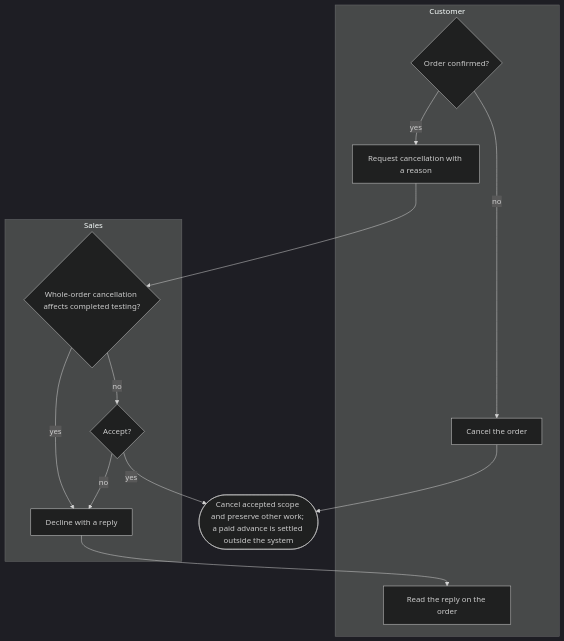
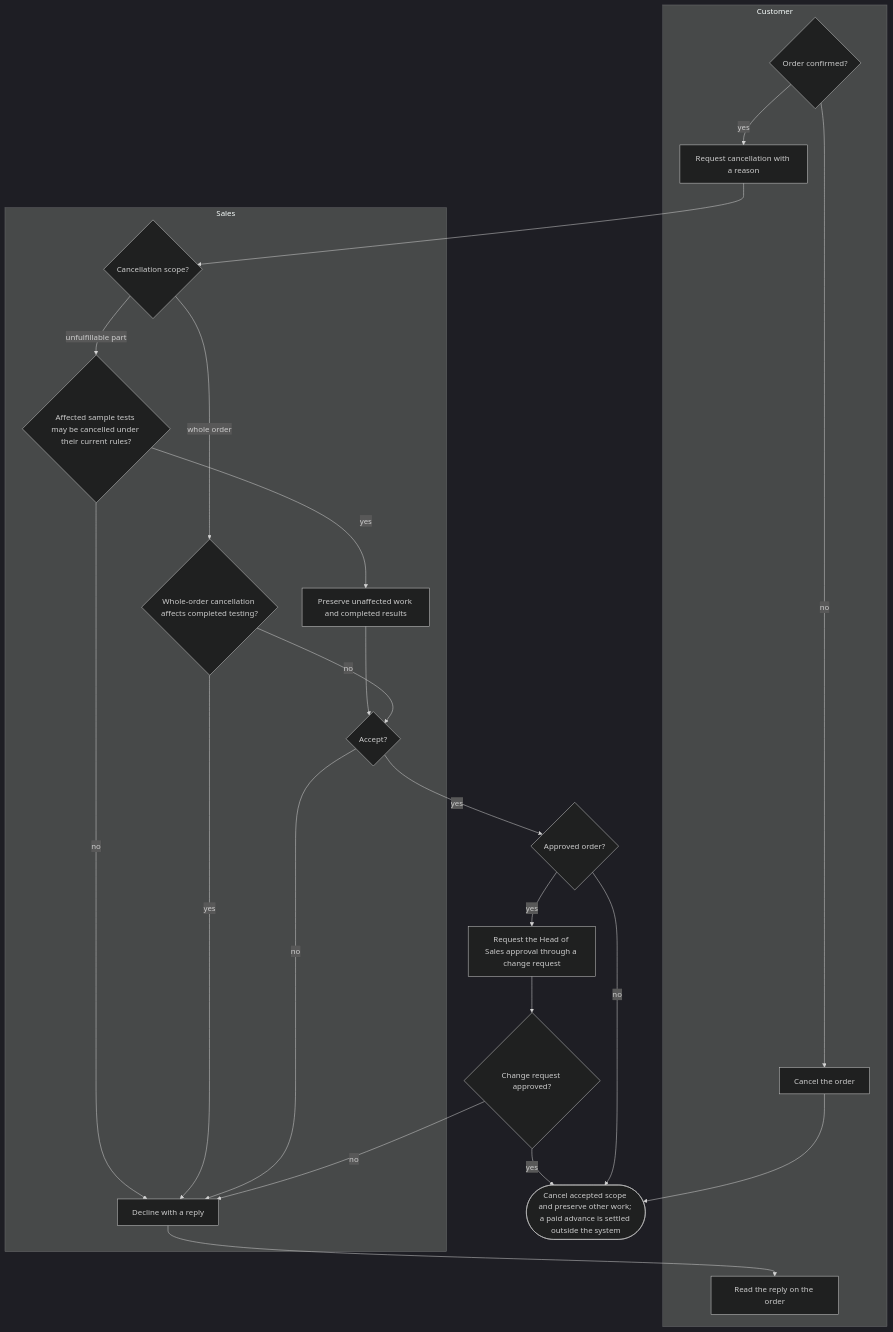
One commit to SoltuneMontepre/medilab changed the ninth of 16 diagrams in docs/functional/business-flows.md. Above: the diagram before and after it, drawn with Mermaid (dark theme). The commit also changed other lines of this file and 9 other files, not shown here.

````diff
--- a/docs/functional/business-flows.md
+++ b/docs/functional/business-flows.md
@@ -432,19 +434,28 @@
 ```mermaid
 flowchart TD
     subgraph lane22 ["Customer"]
         c1{Order confirmed?}
         c1 -->|no| c2[Cancel the order]
         c1 -->|yes| c3[Request cancellation with a reason]
         c4[Read the reply on the order]
     end
     subgraph lane23 ["Sales"]
-        s1{Whole-order cancellation affects completed testing?}
+        scope{Cancellation scope?}
+        scope -->|whole order| s1{Whole-order cancellation affects completed testing?}
+        scope -->|unfulfillable part| partial{Affected sample tests may be cancelled under their current rules?}
+        partial -->|no| s2
+        partial -->|yes| preserve[Preserve unaffected work and completed results] --> s3
         s1 -->|yes| s2[Decline with a reply]
         s1 -->|no| s3{Accept?}
         s3 -->|no| s2
     end
-    c3 --> s1
+    c3 --> scope
     s2 --> c4
-    s3 -->|yes| cancel(["Cancel accepted scope and preserve other work; a paid advance is settled outside the system"])
+    s3 -->|yes| signed{Approved order?}
+    signed -->|yes| approval[Request the Head of Sales approval through a change request]
+    approval --> decision{Change request approved?}
+    decision -->|no| s2
+    decision -->|yes| cancel
+    signed -->|no| cancel(["Cancel accepted scope and preserve other work; a paid advance is settled outside the system"])
     c2 --> cancel
 ```
````
